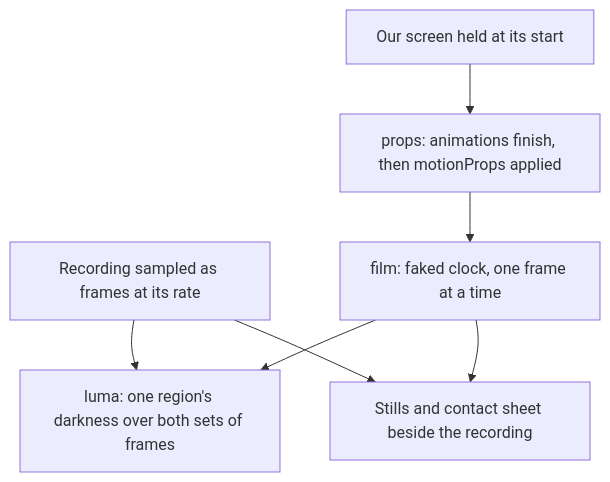
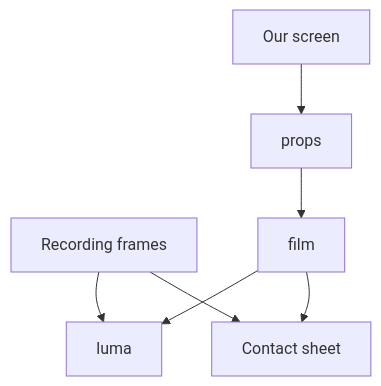
The diagram in openspec/specs/genshin/parity/motion/design.md (Esposter/Esposter), drawn with Mermaid before and after one commit. The commit also changed 11 other files, not shown here.

````diff
--- a/openspec/specs/genshin/parity/motion/design.md
+++ b/openspec/specs/genshin/parity/motion/design.md
@@ -7,9 +7,9 @@
 ```mermaid
 flowchart TD
-  REC["Recording sampled as frames at its rate"] --> LUMA["luma: one region's darkness over both sets of frames"]
-  OURS["Our screen held at its start"] --> PROPS["props: animations finish, then motionProps applied"]
-  PROPS --> FILM["film: faked clock, one frame at a time"]
+  REC["Recording frames"] --> LUMA["luma"]
+  OURS["Our screen"] --> PROPS["props"]
+  PROPS --> FILM["film"]
   FILM --> LUMA
-  FILM --> SHEET["Stills and contact sheet beside the recording"]
+  FILM --> SHEET["Contact sheet"]
   REC --> SHEET
 ```
````
